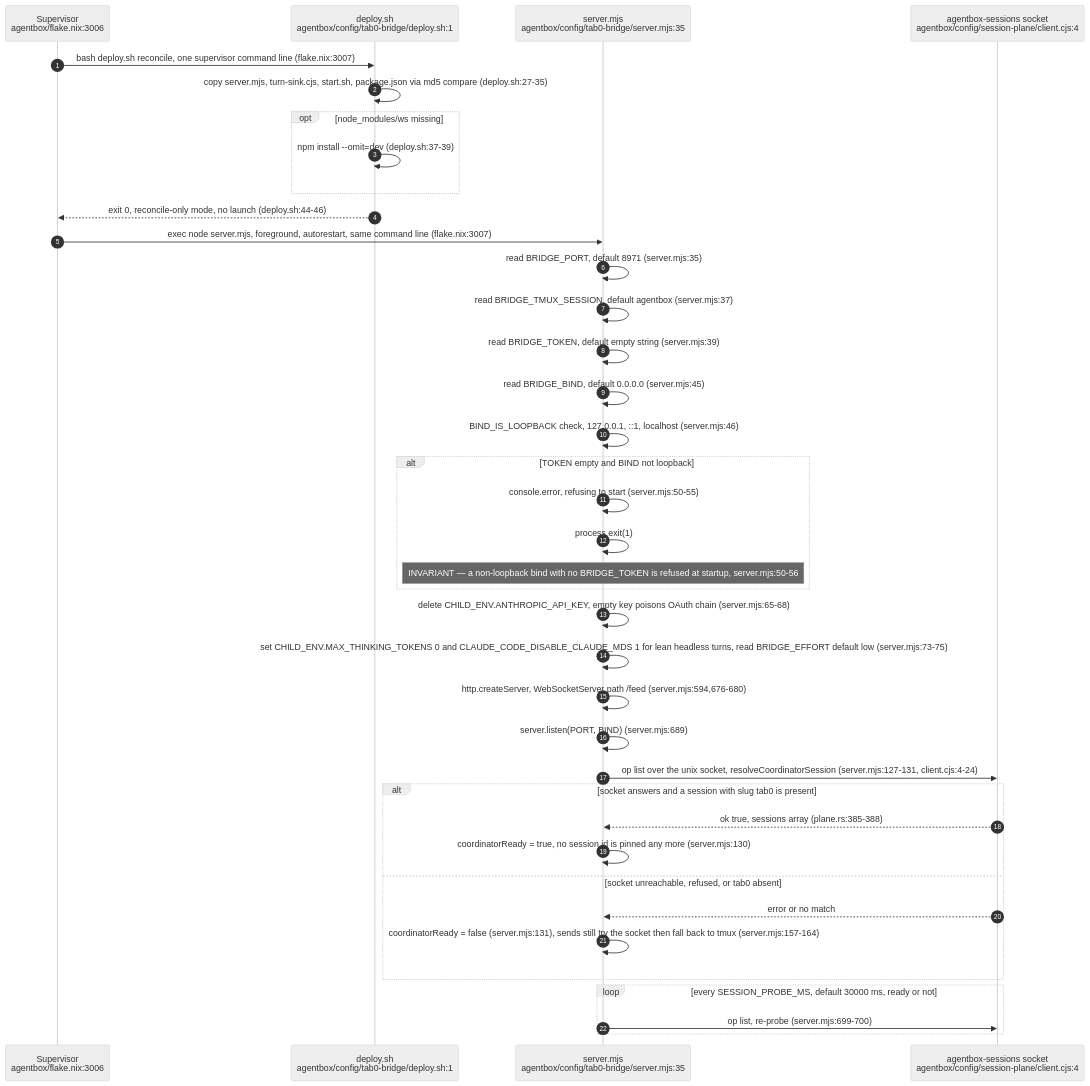
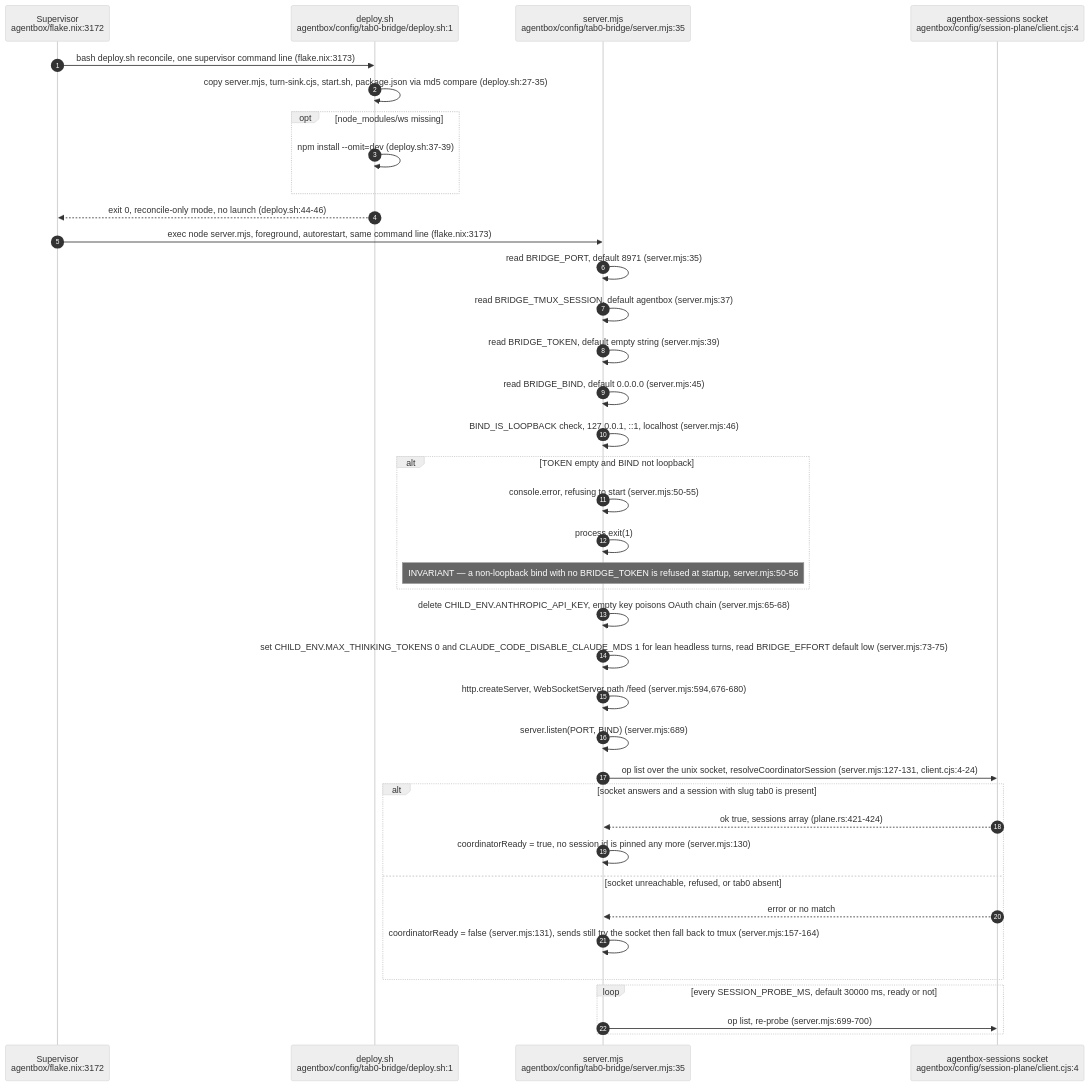
The first of 12 diagrams in docs/diagrams/agentbox/12-tab0-bridge-and-interaction-plane.md (DreamLab-AI/VisionFlow), drawn with Mermaid (neutral theme) before and after one commit. The commit also changed other lines of this file and 6 other files, not shown here.

First line of the commit message:
docs: align native session and ingress diagrams (#39)

````diff
--- a/docs/diagrams/agentbox/12-tab0-bridge-and-interaction-plane.md
+++ b/docs/diagrams/agentbox/12-tab0-bridge-and-interaction-plane.md
@@ -53,41 +54,41 @@
 ```mermaid
 sequenceDiagram
     autonumber
-    participant Sup as Supervisor<br/>agentbox/flake.nix:3006
+    participant Sup as Supervisor<br/>agentbox/flake.nix:3172
     participant Dep as deploy.sh<br/>agentbox/config/tab0-bridge/deploy.sh:1
     participant Node as server.mjs<br/>agentbox/config/tab0-bridge/server.mjs:35
     participant Sock as agentbox-sessions socket<br/>agentbox/config/session-plane/client.cjs:4
 
-    Sup->>Dep: bash deploy.sh reconcile, one supervisor command line (flake.nix:3007)
+    Sup->>Dep: bash deploy.sh reconcile, one supervisor command line (flake.nix:3173)
     Dep->>Dep: copy server.mjs, turn-sink.cjs, start.sh, package.json via md5 compare (deploy.sh:27-35)
     opt node_modules/ws missing
         Dep->>Dep: npm install --omit=dev (deploy.sh:37-39)
     end
     Dep-->>Sup: exit 0, reconcile-only mode, no launch (deploy.sh:44-46)
-    Sup->>Node: exec node server.mjs, foreground, autorestart, same command line (flake.nix:3007)
+    Sup->>Node: exec node server.mjs, foreground, autorestart, same command line (flake.nix:3173)
     Node->>Node: read BRIDGE_PORT, default 8971 (server.mjs:35)
     Node->>Node: read BRIDGE_TMUX_SESSION, default agentbox (server.mjs:37)
     Node->>Node: read BRIDGE_TOKEN, default empty string (server.mjs:39)
     Node->>Node: read BRIDGE_BIND, default 0.0.0.0 (server.mjs:45)
     Node->>Node: BIND_IS_LOOPBACK check, 127.0.0.1, ::1, localhost (server.mjs:46)
     alt TOKEN empty and BIND not loopback
         Node->>Node: console.error, refusing to start (server.mjs:50-55)
         Node->>Node: process.exit(1)
         Note over Node: INVARIANT — a non-loopback bind with no BRIDGE_TOKEN is refused at startup, server.mjs:50-56
     end
     Node->>Node: delete CHILD_ENV.ANTHROPIC_API_KEY, empty key poisons OAuth chain (server.mjs:65-68)
     Node->>Node: set CHILD_ENV.MAX_THINKING_TOKENS 0 and CLAUDE_CODE_DISABLE_CLAUDE_MDS 1 for lean headless turns, read BRIDGE_EFFORT default low (server.mjs:73-75)
     Node->>Node: http.createServer, WebSocketServer path /feed (server.mjs:594,676-680)
     Node->>Node: server.listen(PORT, BIND) (server.mjs:689)
     Node->>Sock: op list over the unix socket, resolveCoordinatorSession (server.mjs:127-131, client.cjs:4-24)
     alt socket answers and a session with slug tab0 is present
-        Sock-->>Node: ok true, sessions array (plane.rs:385-388)
+        Sock-->>Node: ok true, sessions array (plane.rs:421-424)
         Node->>Node: coordinatorReady = true, no session id is pinned any more (server.mjs:130)
     else socket unreachable, refused, or tab0 absent
         Sock-->>Node: error or no match
         Node->>Node: coordinatorReady = false (server.mjs:131), sends still try the socket then fall back to tmux (server.mjs:157-164)
     end
     loop every SESSION_PROBE_MS, default 30000 ms, ready or not
         Node->>Sock: op list, re-probe (server.mjs:699-700)
     end
 ```
````
